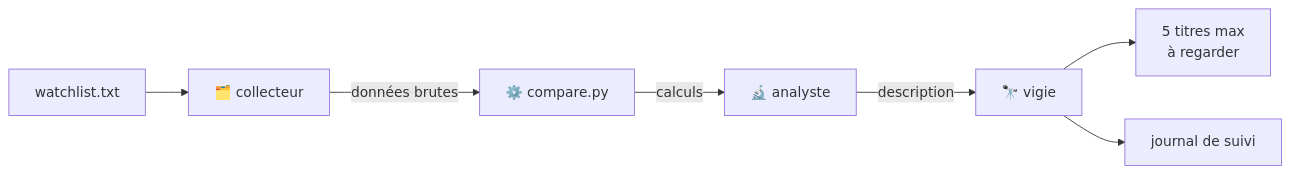
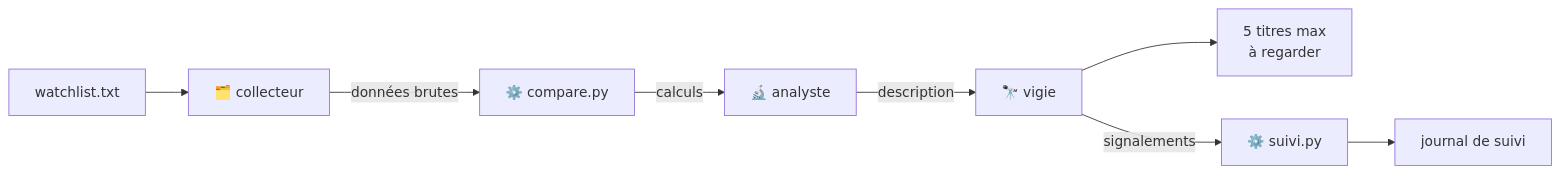
The diagram in README.md (Amine-Senhadji/vigie-options), drawn with Mermaid before and after one commit. The commit also changed other lines of this file and 19 other files, not shown here.

First line of the commit message:
Version 1.1 : détection plus fiable et journal de suivi tenu par Python

````diff
--- a/README.md
+++ b/README.md
@@ -49,9 +49,10 @@
 ```mermaid
 flowchart LR
     W[watchlist.txt] --> C[🗂️ collecteur]
     C -->|données brutes| P[⚙️ compare.py]
     P -->|calculs| A[🔬 analyste]
     A -->|description| V[🔭 vigie]
     V --> R[5 titres max<br/>à regarder]
-    V --> J[journal de suivi]
+    V -->|signalements| S[⚙️ suivi.py]
+    S --> J[journal de suivi]
 ```
````
